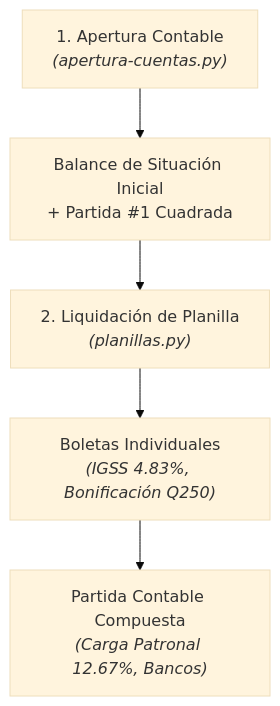
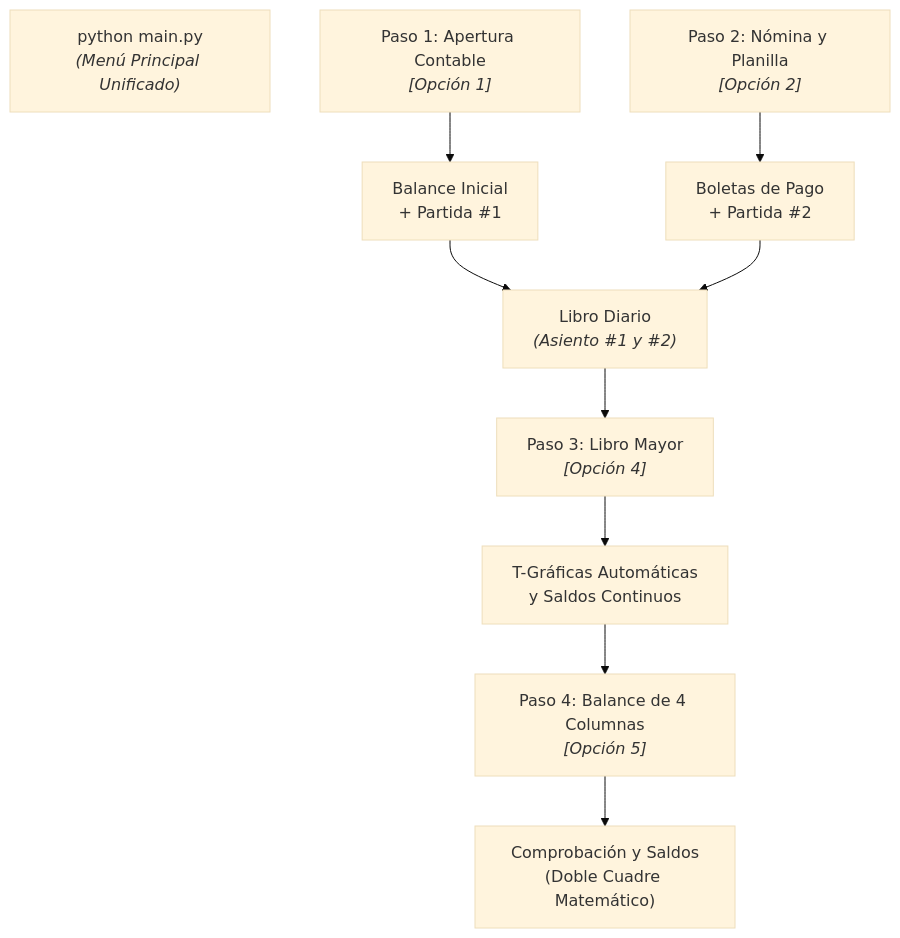
The diagram in docs/tutorials/01_primer_ciclo_contable.md (EmGamex/Accounting-Cycle-on-Python), drawn with Mermaid (base theme) before and after one commit. The commit also changed other lines of this file and 8 other files, not shown here.

````diff
--- a/docs/tutorials/01_primer_ciclo_contable.md
+++ b/docs/tutorials/01_primer_ciclo_contable.md
@@ -20,7 +22,16 @@
 ```mermaid
 flowchart TD
-    Step1["1. Apertura Contable<br/><i>(apertura-cuentas.py)</i>"] --> Out1["Balance de Situación Inicial<br/>+ Partida #1 Cuadrada"]
-    Out1 --> Step2["2. Liquidación de Planilla<br/><i>(planillas.py)</i>"]
-    Step2 --> Out2["Boletas Individuales<br/><i>(IGSS 4.83%, Bonificación Q250)</i>"]
-    Out2 --> Out3["Partida Contable Compuesta<br/><i>(Carga Patronal 12.67%, Bancos)</i>"]
+    MAIN["python main.py<br/><i>(Menú Principal Unificado)</i>"]
+    
+    Step1["Paso 1: Apertura Contable<br/><i>[Opción 1]</i>"] --> P1["Balance Inicial<br/>+ Partida #1"]
+    P1 --> DIA["Libro Diario<br/><i>(Asiento #1 y #2)</i>"]
+    
+    Step2["Paso 2: Nómina y Planilla<br/><i>[Opción 2]</i>"] --> P2["Boletas de Pago<br/>+ Partida #2"]
+    P2 --> DIA
+    
+    DIA --> Step3["Paso 3: Libro Mayor<br/><i>[Opción 4]</i>"]
+    Step3 --> MAY["T-Gráficas Automáticas<br/>y Saldos Continuos"]
+    
+    MAY --> Step4["Paso 4: Balance de 4 Columnas<br/><i>[Opción 5]</i>"]
+    Step4 --> BAL["Comprobación y Saldos<br/>(Doble Cuadre Matemático)"]
 ```
````
